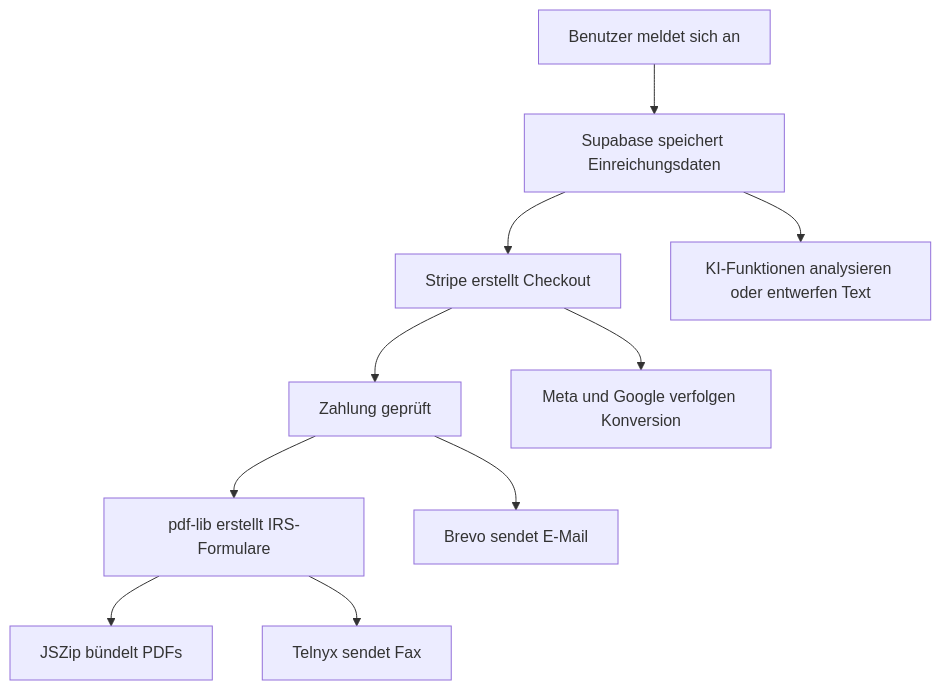
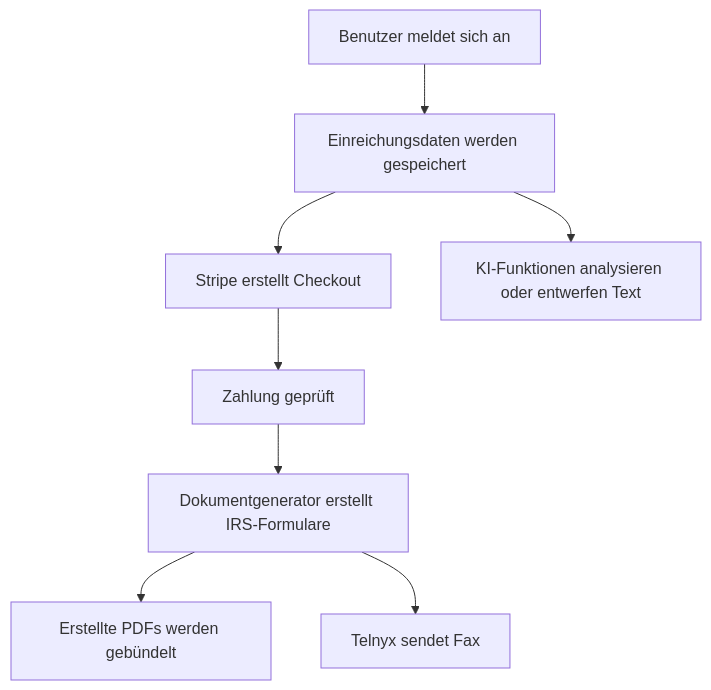
One commit to Nomad-Stack/nomadfiling-Docs changed the diagram in de/integrations.mdx. Above: the diagram before and after it, drawn with Mermaid. The commit also changed other lines of this file and 20 other files, not shown here.

````diff
--- a/de/integrations.mdx
+++ b/de/integrations.mdx
@@ -310,12 +190,10 @@
 ```mermaid
 graph TD
-  A[Benutzer meldet sich an] --> B[Supabase speichert Einreichungsdaten]
+  A[Benutzer meldet sich an] --> B[Einreichungsdaten werden gespeichert]
   B --> C[Stripe erstellt Checkout]
   C --> D[Zahlung geprüft]
-  D --> E[pdf-lib erstellt IRS-Formulare]
-  E --> F[JSZip bündelt PDFs]
+  D --> E[Dokumentgenerator erstellt IRS-Formulare]
+  E --> F[Erstellte PDFs werden gebündelt]
   E --> G[Telnyx sendet Fax]
-  D --> H[Brevo sendet E-Mail]
-  C --> I[Meta und Google verfolgen Konversion]
   B --> J[KI-Funktionen analysieren oder entwerfen Text]
 ```
````
